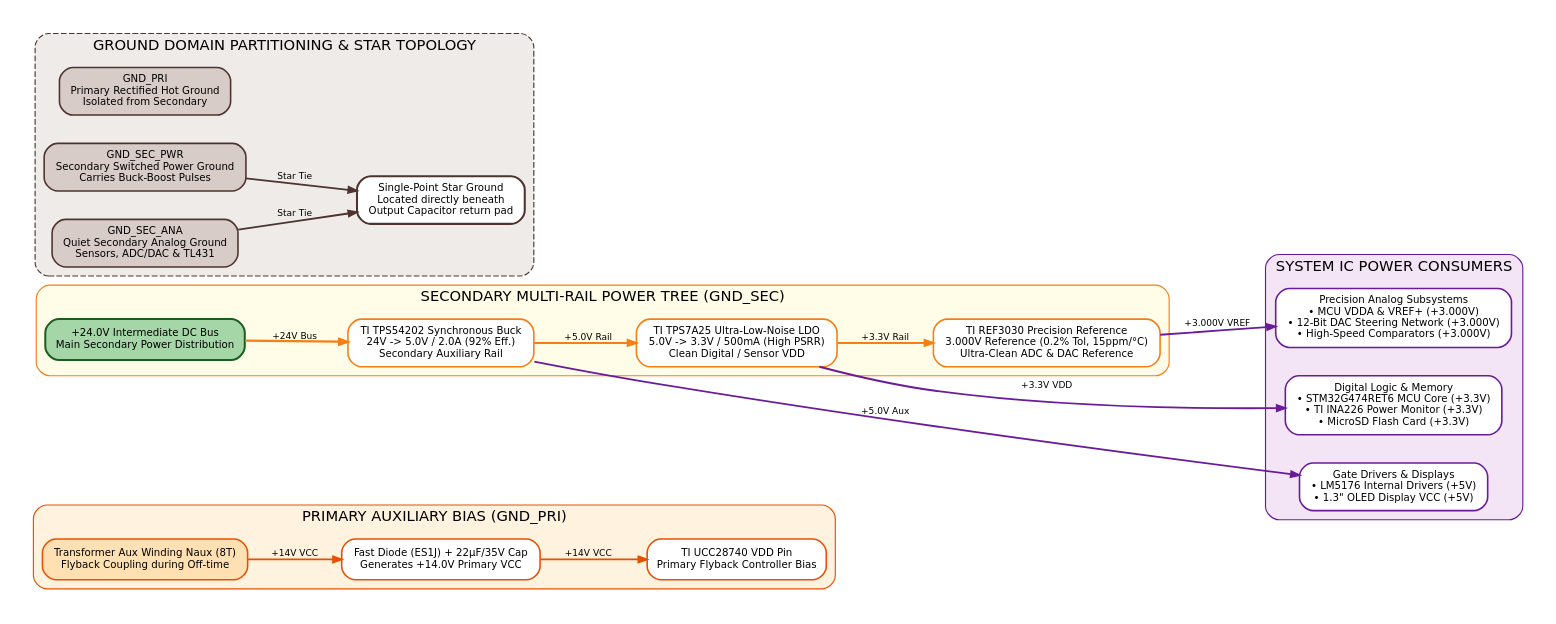
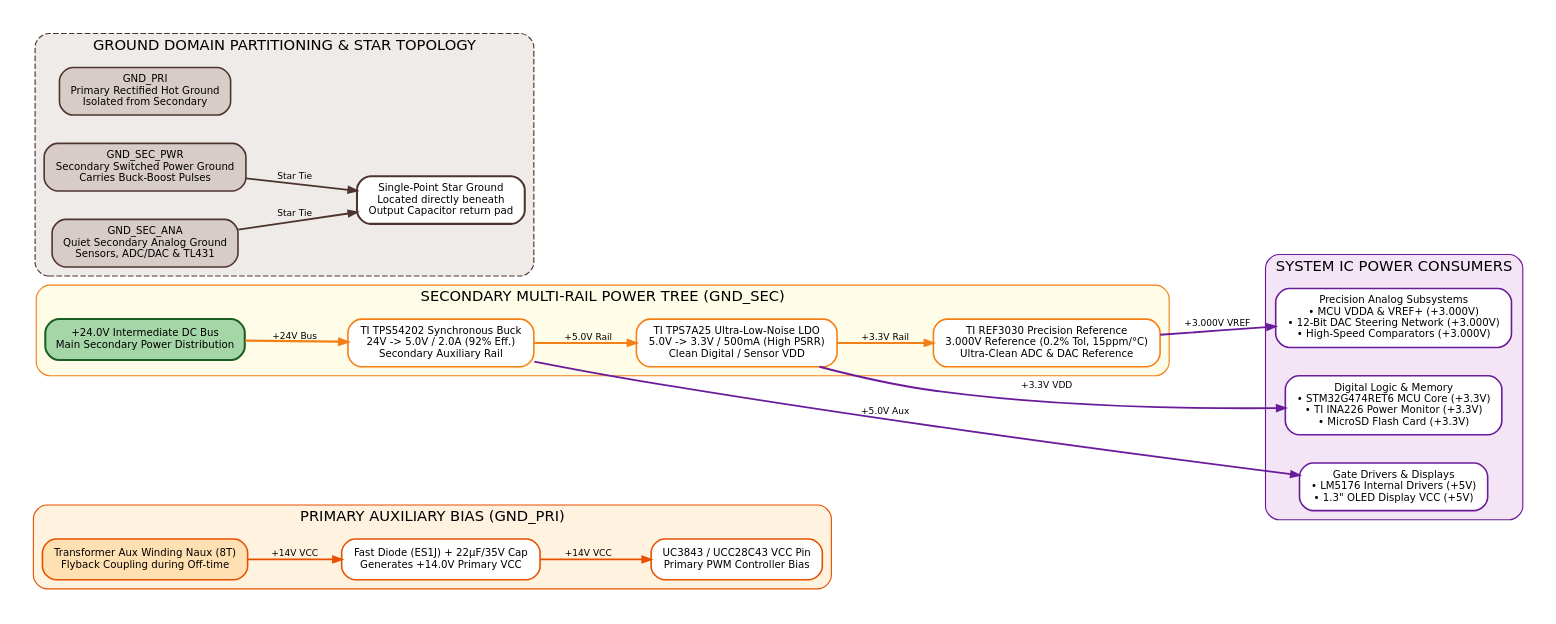
The diagram in smart_programmable_power_supply/block_diagram_aux_power_distribution.dot (tthongs/av_iv), drawn with Graphviz before and after one commit. The commit also changed 30 other files, not shown here.

First line of the commit message:
feat(spps): implement uniform-frequency flyback architecture and standalone subsystem table

```diff
--- a/smart_programmable_power_supply/block_diagram_aux_power_distribution.dot
+++ b/smart_programmable_power_supply/block_diagram_aux_power_distribution.dot
@@ -1,82 +1,82 @@
 
 digraph AuxPower {
     graph [
         rankdir=LR,
         bgcolor="#FFFFFF",
         fontname="DejaVu Sans, Arial, Helvetica, sans-serif",
         fontsize=13,
         nodesep=0.35,
         ranksep=0.55,
         pad="0.2,0.2",
         splines=true
     ];
     node [
         fontname="DejaVu Sans, Arial, Helvetica, sans-serif",
         fontsize=9,
         shape=box,
         style="filled,rounded",
         margin="0.12,0.08",
         penwidth=1.4
     ];
     edge [
         fontname="DejaVu Sans, Arial, Helvetica, sans-serif",
         fontsize=8,
         penwidth=1.6,
         arrowsize=0.75
     ];
 
     subgraph cluster_pri_aux {
         label = "PRIMARY AUXILIARY BIAS (GND_PRI)";
         style = "filled,rounded";
         fillcolor = "#FFF3E0";
         color = "#E65100";
         naux [label="Transformer Aux Winding Naux (8T)\nFlyback Coupling during Off-time", fillcolor="#FFE0B2", color="#E65100"];
         pri_rect [label="Fast Diode (ES1J) + 22µF/35V Cap\nGenerates +14.0V Primary VCC", fillcolor="#FFFFFF", color="#E65100"];
-        ucc_vcc [label="TI UCC28740 VDD Pin\nPrimary Flyback Controller Bias", fillcolor="#FFFFFF", color="#E65100"];
+        ucc_vcc [label="UC3843 / UCC28C43 VCC Pin\nPrimary PWM Controller Bias", fillcolor="#FFFFFF", color="#E65100"];
 
         naux -> pri_rect -> ucc_vcc [label=" +14V VCC", color="#E65100"];
     }
 
     subgraph cluster_sec_aux {
         label = "SECONDARY MULTI-RAIL POWER TREE (GND_SEC)";
         style = "filled,rounded";
         fillcolor = "#FFFDE7";
         color = "#F57F17";
         bus_24v [label="+24.0V Intermediate DC Bus\nMain Secondary Power Distribution", fillcolor="#A5D6A7", color="#1B5E20", penwidth=1.8];
         buck_5v [label="TI TPS54202 Synchronous Buck\n24V -> 5.0V / 2.0A (92% Eff.)\nSecondary Auxiliary Rail", fillcolor="#FFFFFF", color="#F57F17"];
         ldo_3v3 [label="TI TPS7A25 Ultra-Low-Noise LDO\n5.0V -> 3.3V / 500mA (High PSRR)\nClean Digital / Sensor VDD", fillcolor="#FFFFFF", color="#F57F17"];
         vref_3v [label="TI REF3030 Precision Reference\n3.000V Reference (0.2% Tol, 15ppm/°C)\nUltra-Clean ADC & DAC Reference", fillcolor="#FFFFFF", color="#F57F17"];
 
         bus_24v -> buck_5v [label=" +24V Bus", color="#F57F17", penwidth=2.0];
         buck_5v -> ldo_3v3 [label=" +5.0V Rail", color="#F57F17", penwidth=1.8];
         ldo_3v3 -> vref_3v [label=" +3.3V Rail", color="#F57F17", penwidth=1.8];
     }
 
     subgraph cluster_loads {
         label = "SYSTEM IC POWER CONSUMERS";
         style = "filled,rounded";
         fillcolor = "#F3E5F5";
         color = "#6A1B9A";
         load_drivers [label="Gate Drivers & Displays\n• LM5176 Internal Drivers (+5V)\n• 1.3\" OLED Display VCC (+5V)", fillcolor="#FFFFFF", color="#6A1B9A"];
         load_digital [label="Digital Logic & Memory\n• STM32G474RET6 MCU Core (+3.3V)\n• TI INA226 Power Monitor (+3.3V)\n• MicroSD Flash Card (+3.3V)", fillcolor="#FFFFFF", color="#6A1B9A"];
         load_analog [label="Precision Analog Subsystems\n• MCU VDDA & VREF+ (+3.000V)\n• 12-Bit DAC Steering Network (+3.000V)\n• High-Speed Comparators (+3.000V)", fillcolor="#FFFFFF", color="#6A1B9A"];
 
         buck_5v -> load_drivers [label=" +5.0V Aux", color="#6A1B9A"];
         ldo_3v3 -> load_digital [label=" +3.3V VDD", color="#6A1B9A"];
         vref_3v -> load_analog [label=" +3.000V VREF", color="#6A1B9A"];
     }
 
     subgraph cluster_grounds {
         label = "GROUND DOMAIN PARTITIONING & STAR TOPOLOGY";
         style = "filled,rounded,dashed";
         fillcolor = "#EFEBE9";
         color = "#4E342E";
         gnd_pri [label="GND_PRI\nPrimary Rectified Hot Ground\nIsolated from Secondary", fillcolor="#D7CCC8", color="#4E342E"];
         gnd_pwr [label="GND_SEC_PWR\nSecondary Switched Power Ground\nCarries Buck-Boost Pulses", fillcolor="#D7CCC8", color="#4E342E"];
         gnd_ana [label="GND_SEC_ANA\nQuiet Secondary Analog Ground\nSensors, ADC/DAC & TL431", fillcolor="#D7CCC8", color="#4E342E"];
         star_point [label="Single-Point Star Ground\nLocated directly beneath\nOutput Capacitor return pad", fillcolor="#FFFFFF", color="#4E342E", penwidth=1.8];
 
         gnd_pwr -> star_point [label=" Star Tie", color="#4E342E"];
         gnd_ana -> star_point [label=" Star Tie", color="#4E342E"];
     }
 }
```
